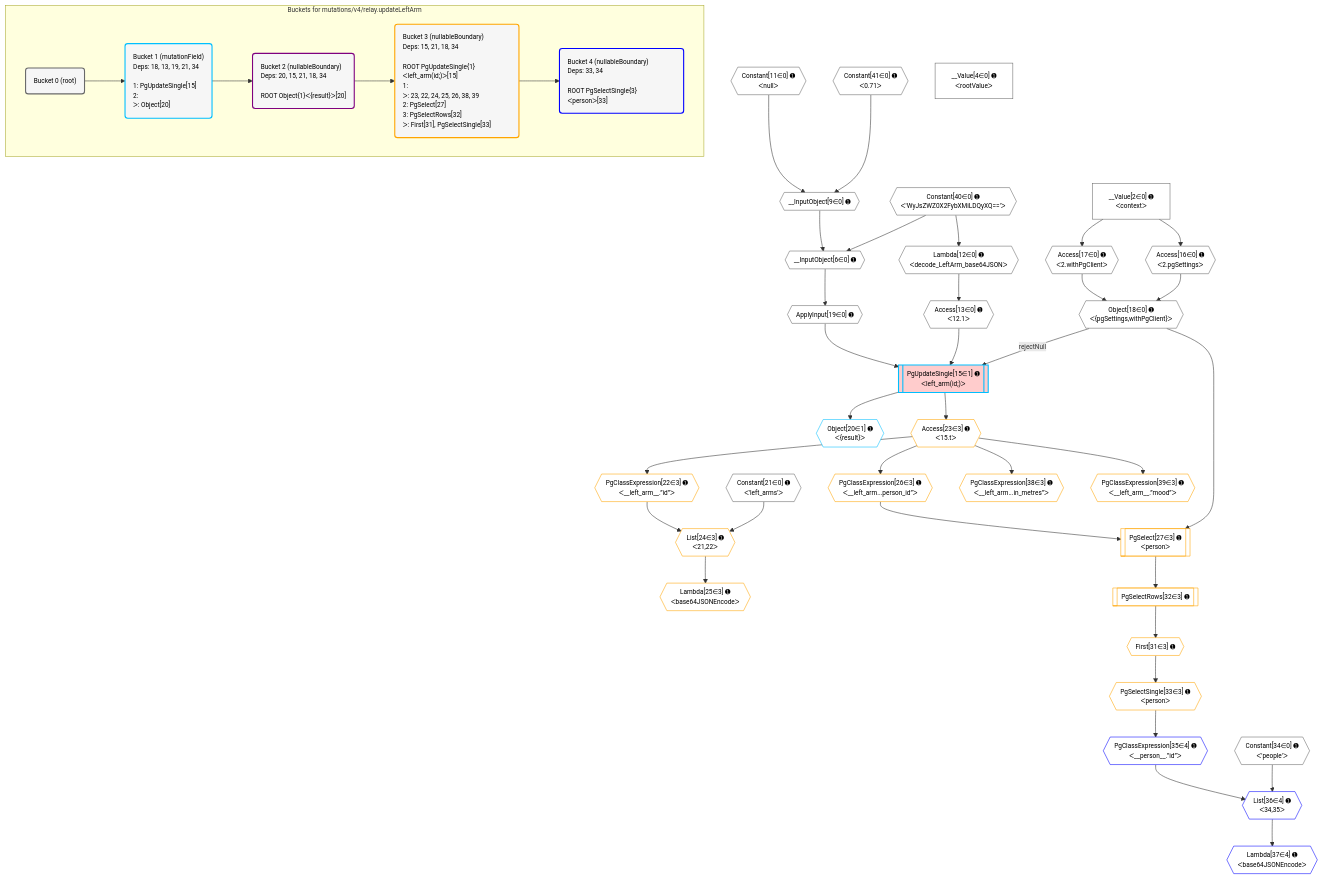
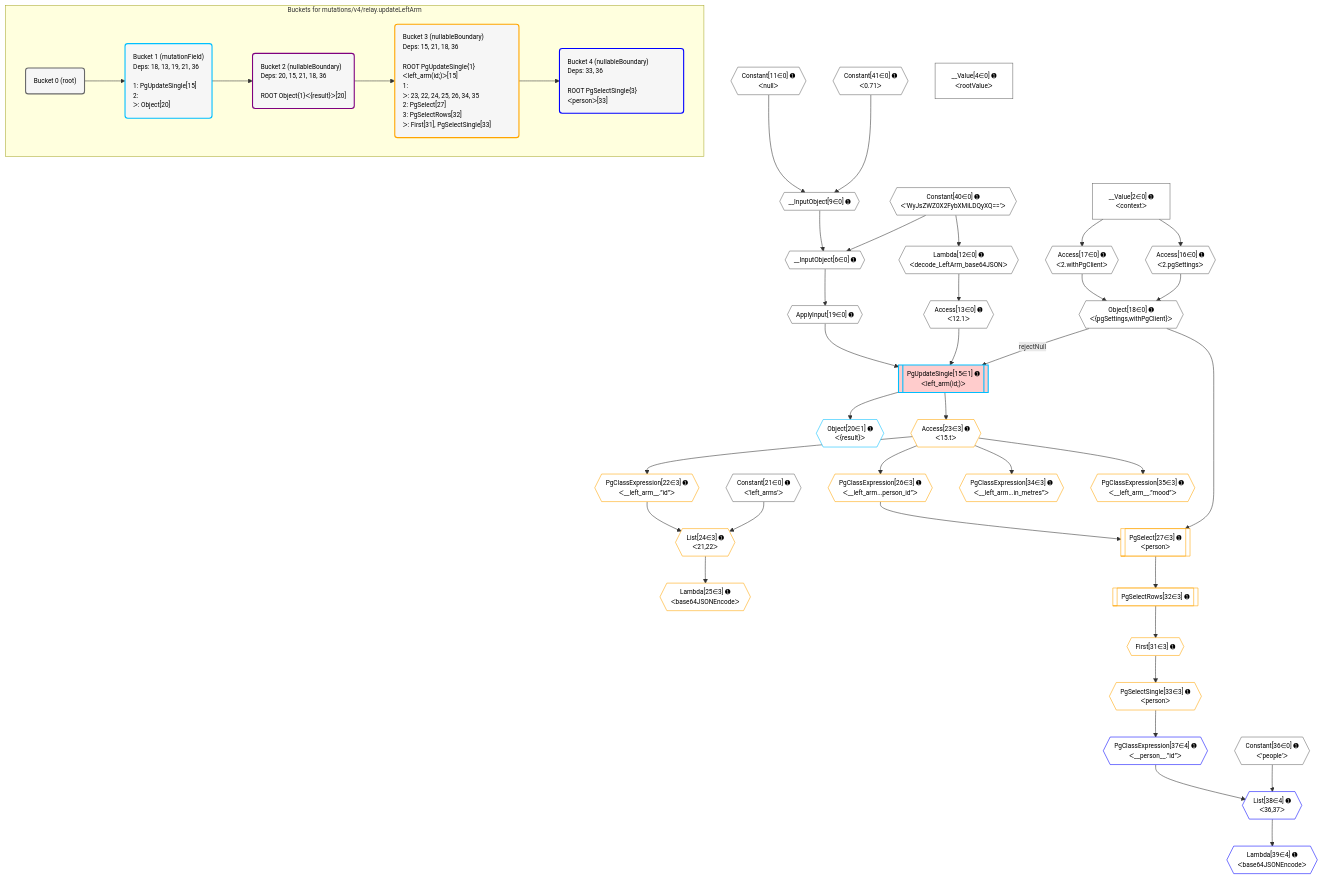
One commit to graphile/crystal changed the diagram in postgraphile/postgraphile/__tests__/mutations/v4/relay.updateLeftArm.mermaid. Above: the diagram before and after it, drawn with Mermaid. The commit also changed 254 other files, not shown here.

```diff
--- a/postgraphile/postgraphile/__tests__/mutations/v4/relay.updateLeftArm.mermaid
+++ b/postgraphile/postgraphile/__tests__/mutations/v4/relay.updateLeftArm.mermaid
@@ -1,91 +1,91 @@
 %%{init: {'themeVariables': { 'fontSize': '12px'}}}%%
 graph TD
     classDef path fill:#eee,stroke:#000,color:#000
     classDef plan fill:#fff,stroke-width:1px,color:#000
     classDef itemplan fill:#fff,stroke-width:2px,color:#000
     classDef unbatchedplan fill:#dff,stroke-width:1px,color:#000
     classDef sideeffectplan fill:#fcc,stroke-width:2px,color:#000
     classDef bucket fill:#f6f6f6,color:#000,stroke-width:2px,text-align:left
 
 
     %% plan dependencies
     __InputObject6{{"__InputObject[6∈0] ➊"}}:::plan
     Constant40{{"Constant[40∈0] ➊<br />ᐸ'WyJsZWZ0X2FybXMiLDQyXQ=='ᐳ"}}:::plan
     __InputObject9{{"__InputObject[9∈0] ➊"}}:::plan
     Constant40 & __InputObject9 --> __InputObject6
     Constant41{{"Constant[41∈0] ➊<br />ᐸ0.71ᐳ"}}:::plan
     Constant11{{"Constant[11∈0] ➊<br />ᐸnullᐳ"}}:::plan
     Constant41 & Constant11 --> __InputObject9
     Object18{{"Object[18∈0] ➊<br />ᐸ{pgSettings,withPgClient}ᐳ"}}:::plan
     Access16{{"Access[16∈0] ➊<br />ᐸ2.pgSettingsᐳ"}}:::plan
     Access17{{"Access[17∈0] ➊<br />ᐸ2.withPgClientᐳ"}}:::plan
     Access16 & Access17 --> Object18
     Lambda12{{"Lambda[12∈0] ➊<br />ᐸdecode_LeftArm_base64JSONᐳ"}}:::plan
     Constant40 --> Lambda12
     Access13{{"Access[13∈0] ➊<br />ᐸ12.1ᐳ"}}:::plan
     Lambda12 --> Access13
     __Value2["__Value[2∈0] ➊<br />ᐸcontextᐳ"]:::plan
     __Value2 --> Access16
     __Value2 --> Access17
     ApplyInput19{{"ApplyInput[19∈0] ➊"}}:::plan
     __InputObject6 --> ApplyInput19
     __Value4["__Value[4∈0] ➊<br />ᐸrootValueᐳ"]:::plan
     Constant21{{"Constant[21∈0] ➊<br />ᐸ'left_arms'ᐳ"}}:::plan
-    Constant34{{"Constant[34∈0] ➊<br />ᐸ'people'ᐳ"}}:::plan
+    Constant36{{"Constant[36∈0] ➊<br />ᐸ'people'ᐳ"}}:::plan
     PgUpdateSingle15[["PgUpdateSingle[15∈1] ➊<br />ᐸleft_arm(id;)ᐳ"]]:::sideeffectplan
     Object18 -->|rejectNull| PgUpdateSingle15
     Access13 & ApplyInput19 --> PgUpdateSingle15
     Object20{{"Object[20∈1] ➊<br />ᐸ{result}ᐳ"}}:::plan
     PgUpdateSingle15 --> Object20
     List24{{"List[24∈3] ➊<br />ᐸ21,22ᐳ"}}:::plan
     PgClassExpression22{{"PgClassExpression[22∈3] ➊<br />ᐸ__left_arm__.”id”ᐳ"}}:::plan
     Constant21 & PgClassExpression22 --> List24
     PgSelect27[["PgSelect[27∈3] ➊<br />ᐸpersonᐳ"]]:::plan
     PgClassExpression26{{"PgClassExpression[26∈3] ➊<br />ᐸ__left_arm...person_id”ᐳ"}}:::plan
     Object18 & PgClassExpression26 --> PgSelect27
     Access23{{"Access[23∈3] ➊<br />ᐸ15.tᐳ"}}:::plan
     Access23 --> PgClassExpression22
     PgUpdateSingle15 --> Access23
     Lambda25{{"Lambda[25∈3] ➊<br />ᐸbase64JSONEncodeᐳ"}}:::plan
     List24 --> Lambda25
     Access23 --> PgClassExpression26
     First31{{"First[31∈3] ➊"}}:::plan
     PgSelectRows32[["PgSelectRows[32∈3] ➊"]]:::plan
     PgSelectRows32 --> First31
     PgSelect27 --> PgSelectRows32
     PgSelectSingle33{{"PgSelectSingle[33∈3] ➊<br />ᐸpersonᐳ"}}:::plan
     First31 --> PgSelectSingle33
-    PgClassExpression38{{"PgClassExpression[38∈3] ➊<br />ᐸ__left_arm...in_metres”ᐳ"}}:::plan
-    Access23 --> PgClassExpression38
-    PgClassExpression39{{"PgClassExpression[39∈3] ➊<br />ᐸ__left_arm__.”mood”ᐳ"}}:::plan
-    Access23 --> PgClassExpression39
-    List36{{"List[36∈4] ➊<br />ᐸ34,35ᐳ"}}:::plan
-    PgClassExpression35{{"PgClassExpression[35∈4] ➊<br />ᐸ__person__.”id”ᐳ"}}:::plan
-    Constant34 & PgClassExpression35 --> List36
-    PgSelectSingle33 --> PgClassExpression35
-    Lambda37{{"Lambda[37∈4] ➊<br />ᐸbase64JSONEncodeᐳ"}}:::plan
-    List36 --> Lambda37
+    PgClassExpression34{{"PgClassExpression[34∈3] ➊<br />ᐸ__left_arm...in_metres”ᐳ"}}:::plan
+    Access23 --> PgClassExpression34
+    PgClassExpression35{{"PgClassExpression[35∈3] ➊<br />ᐸ__left_arm__.”mood”ᐳ"}}:::plan
+    Access23 --> PgClassExpression35
+    List38{{"List[38∈4] ➊<br />ᐸ36,37ᐳ"}}:::plan
+    PgClassExpression37{{"PgClassExpression[37∈4] ➊<br />ᐸ__person__.”id”ᐳ"}}:::plan
+    Constant36 & PgClassExpression37 --> List38
+    PgSelectSingle33 --> PgClassExpression37
+    Lambda39{{"Lambda[39∈4] ➊<br />ᐸbase64JSONEncodeᐳ"}}:::plan
+    List38 --> Lambda39
 
     %% define steps
 
     subgraph "Buckets for mutations/v4/relay.updateLeftArm"
     Bucket0("Bucket 0 (root)"):::bucket
     classDef bucket0 stroke:#696969
-    class Bucket0,__Value2,__Value4,__InputObject6,__InputObject9,Constant11,Lambda12,Access13,Access16,Access17,Object18,ApplyInput19,Constant21,Constant34,Constant40,Constant41 bucket0
-    Bucket1("Bucket 1 (mutationField)<br />Deps: 18, 13, 19, 21, 34<br /><br />1: PgUpdateSingle[15]<br />2: <br />ᐳ: Object[20]"):::bucket
+    class Bucket0,__Value2,__Value4,__InputObject6,__InputObject9,Constant11,Lambda12,Access13,Access16,Access17,Object18,ApplyInput19,Constant21,Constant36,Constant40,Constant41 bucket0
+    Bucket1("Bucket 1 (mutationField)<br />Deps: 18, 13, 19, 21, 36<br /><br />1: PgUpdateSingle[15]<br />2: <br />ᐳ: Object[20]"):::bucket
     classDef bucket1 stroke:#00bfff
     class Bucket1,PgUpdateSingle15,Object20 bucket1
-    Bucket2("Bucket 2 (nullableBoundary)<br />Deps: 20, 15, 21, 18, 34<br /><br />ROOT Object{1}ᐸ{result}ᐳ[20]"):::bucket
+    Bucket2("Bucket 2 (nullableBoundary)<br />Deps: 20, 15, 21, 18, 36<br /><br />ROOT Object{1}ᐸ{result}ᐳ[20]"):::bucket
     classDef bucket2 stroke:#7f007f
     class Bucket2 bucket2
-    Bucket3("Bucket 3 (nullableBoundary)<br />Deps: 15, 21, 18, 34<br /><br />ROOT PgUpdateSingle{1}ᐸleft_arm(id;)ᐳ[15]<br />1: <br />ᐳ: 23, 22, 24, 25, 26, 38, 39<br />2: PgSelect[27]<br />3: PgSelectRows[32]<br />ᐳ: First[31], PgSelectSingle[33]"):::bucket
+    Bucket3("Bucket 3 (nullableBoundary)<br />Deps: 15, 21, 18, 36<br /><br />ROOT PgUpdateSingle{1}ᐸleft_arm(id;)ᐳ[15]<br />1: <br />ᐳ: 23, 22, 24, 25, 26, 34, 35<br />2: PgSelect[27]<br />3: PgSelectRows[32]<br />ᐳ: First[31], PgSelectSingle[33]"):::bucket
     classDef bucket3 stroke:#ffa500
-    class Bucket3,PgClassExpression22,Access23,List24,Lambda25,PgClassExpression26,PgSelect27,First31,PgSelectRows32,PgSelectSingle33,PgClassExpression38,PgClassExpression39 bucket3
-    Bucket4("Bucket 4 (nullableBoundary)<br />Deps: 33, 34<br /><br />ROOT PgSelectSingle{3}ᐸpersonᐳ[33]"):::bucket
+    class Bucket3,PgClassExpression22,Access23,List24,Lambda25,PgClassExpression26,PgSelect27,First31,PgSelectRows32,PgSelectSingle33,PgClassExpression34,PgClassExpression35 bucket3
+    Bucket4("Bucket 4 (nullableBoundary)<br />Deps: 33, 36<br /><br />ROOT PgSelectSingle{3}ᐸpersonᐳ[33]"):::bucket
     classDef bucket4 stroke:#0000ff
-    class Bucket4,PgClassExpression35,List36,Lambda37 bucket4
+    class Bucket4,PgClassExpression37,List38,Lambda39 bucket4
     Bucket0 --> Bucket1
     Bucket1 --> Bucket2
     Bucket2 --> Bucket3
     Bucket3 --> Bucket4
     end
```
